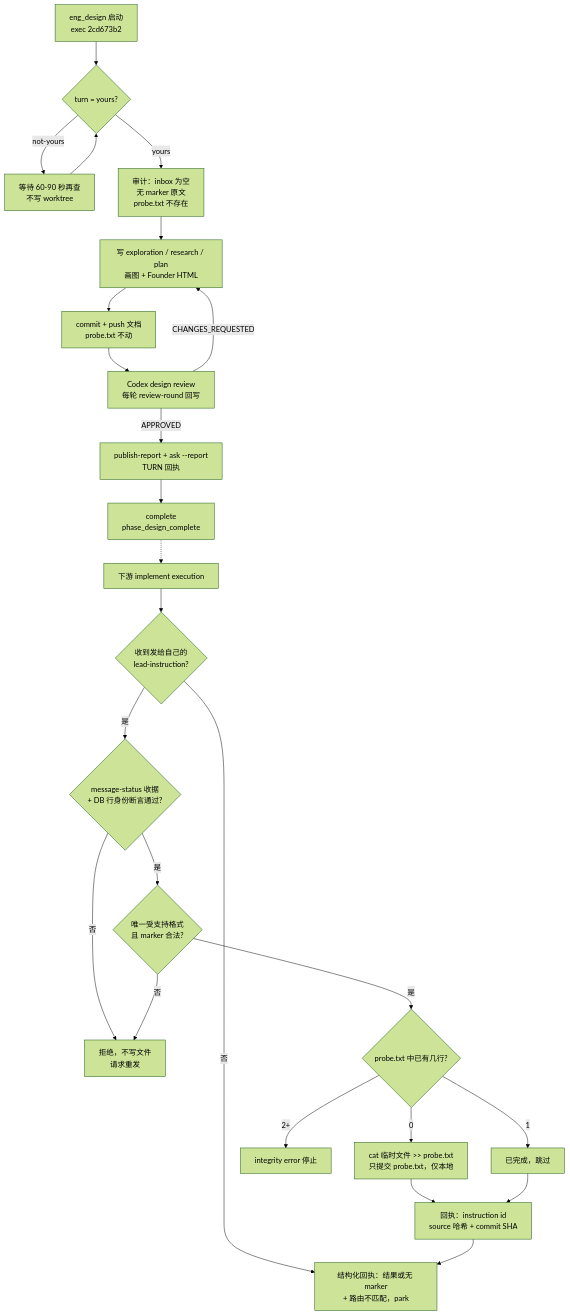
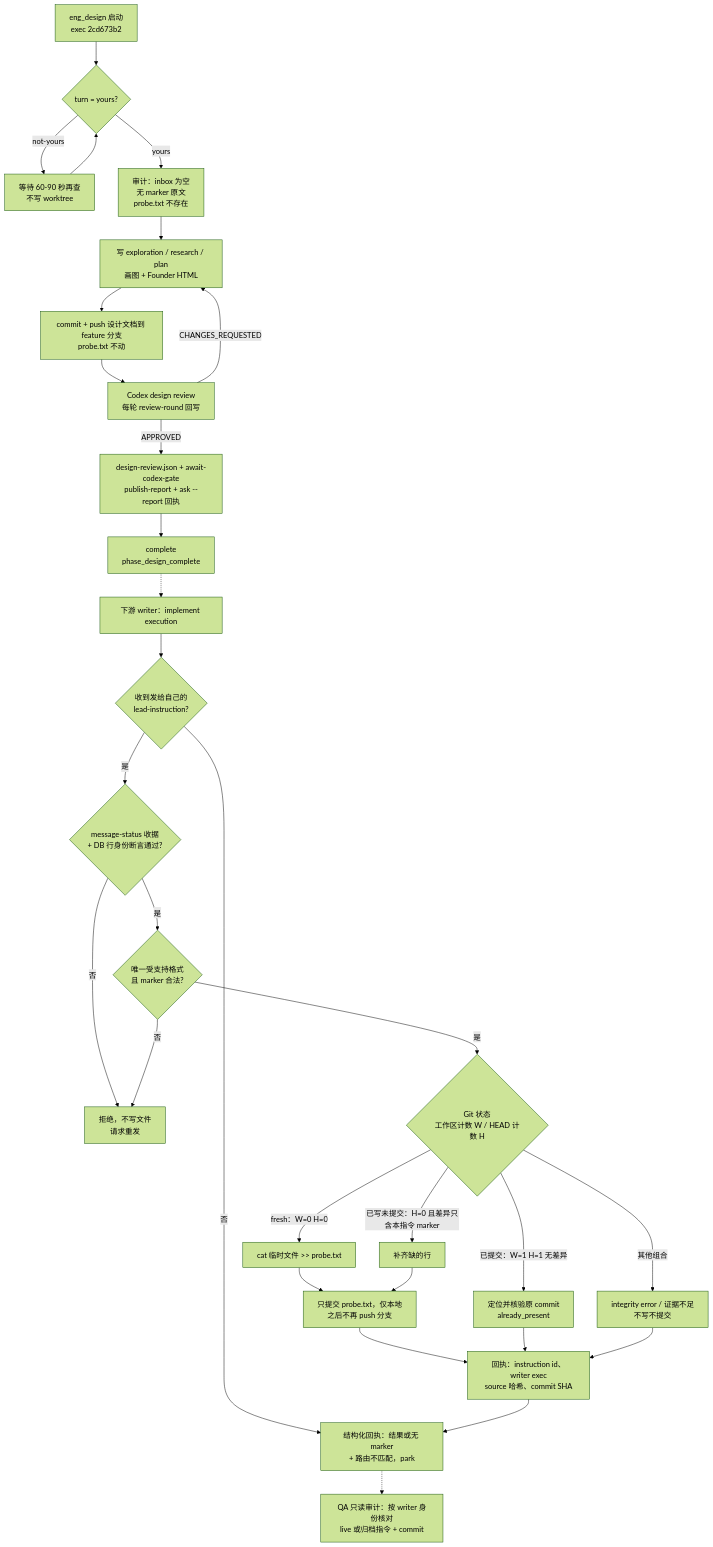
The diagram in engineering/doc/FLY-3164-claude-transport-canary/core-flow.mmd (xrliAnnie/flywheel-qa-sandbox), drawn with Mermaid (forest theme) before and after one commit. The commit also changed 7 other files, not shown here.

First line of the commit message:
docs(FLY-3164): address design review round 1

```diff
--- a/engineering/doc/FLY-3164-claude-transport-canary/core-flow.mmd
+++ b/engineering/doc/FLY-3164-claude-transport-canary/core-flow.mmd
@@ -1,25 +1,30 @@
 flowchart TD
     A["eng_design 启动<br/>exec 2cd673b2"] --> B{"turn = yours?"}
     B -- "not-yours" --> W["等待 60-90 秒再查<br/>不写 worktree"]
     W --> B
     B -- "yours" --> C["审计：inbox 为空<br/>无 marker 原文<br/>probe.txt 不存在"]
     C --> D["写 exploration / research / plan<br/>画图 + Founder HTML"]
-    D --> E["commit + push 文档<br/>probe.txt 不动"]
+    D --> E["commit + push 设计文档到 feature 分支<br/>probe.txt 不动"]
     E --> F["Codex design review<br/>每轮 review-round 回写"]
     F -- "CHANGES_REQUESTED" --> D
-    F -- "APPROVED" --> G["publish-report + ask --report<br/>TURN 回执"]
+    F -- "APPROVED" --> G["design-review.json + await-codex-gate<br/>publish-report + ask --report 回执"]
     G --> H["complete<br/>phase_design_complete"]
-    H -.-> I["下游 implement execution"]
+    H -.-> I["下游 writer：implement execution"]
     I --> J{"收到发给自己的<br/>lead-instruction?"}
     J -- "否" --> P["结构化回执：结果或无 marker<br/>+ 路由不匹配，park"]
     J -- "是" --> K{"message-status 收据<br/>+ DB 行身份断言通过?"}
     K -- "否" --> R["拒绝，不写文件<br/>请求重发"]
     K -- "是" --> L{"唯一受支持格式<br/>且 marker 合法?"}
     L -- "否" --> R
-    L -- "是" --> M{"probe.txt 中已有几行?"}
-    M -- "1" --> N["已完成，跳过"]
-    M -- "2+" --> X["integrity error 停止"]
-    M -- "0" --> O["cat 临时文件 >> probe.txt<br/>只提交 probe.txt，仅本地"]
-    O --> Q["回执：instruction id<br/>source 哈希 + commit SHA"]
+    L -- "是" --> M{"Git 状态<br/>工作区计数 W / HEAD 计数 H"}
+    M -- "fresh：W=0 H=0" --> O["cat 临时文件 >> probe.txt"]
+    M -- "已写未提交：H=0 且差异只含本指令 marker" --> O2["补齐缺的行"]
+    M -- "已提交：W=1 H=1 无差异" --> N["定位并核验原 commit<br/>already_present"]
+    M -- "其他组合" --> X["integrity error / 证据不足<br/>不写不提交"]
+    O --> CM["只提交 probe.txt，仅本地<br/>之后不再 push 分支"]
+    O2 --> CM
+    CM --> Q["回执：instruction id、writer exec<br/>source 哈希、commit SHA"]
     N --> Q
+    X --> Q
     Q --> P
+    P -.-> QA["QA 只读审计：按 writer 身份核对<br/>live 或归档指令 + commit"]
```
